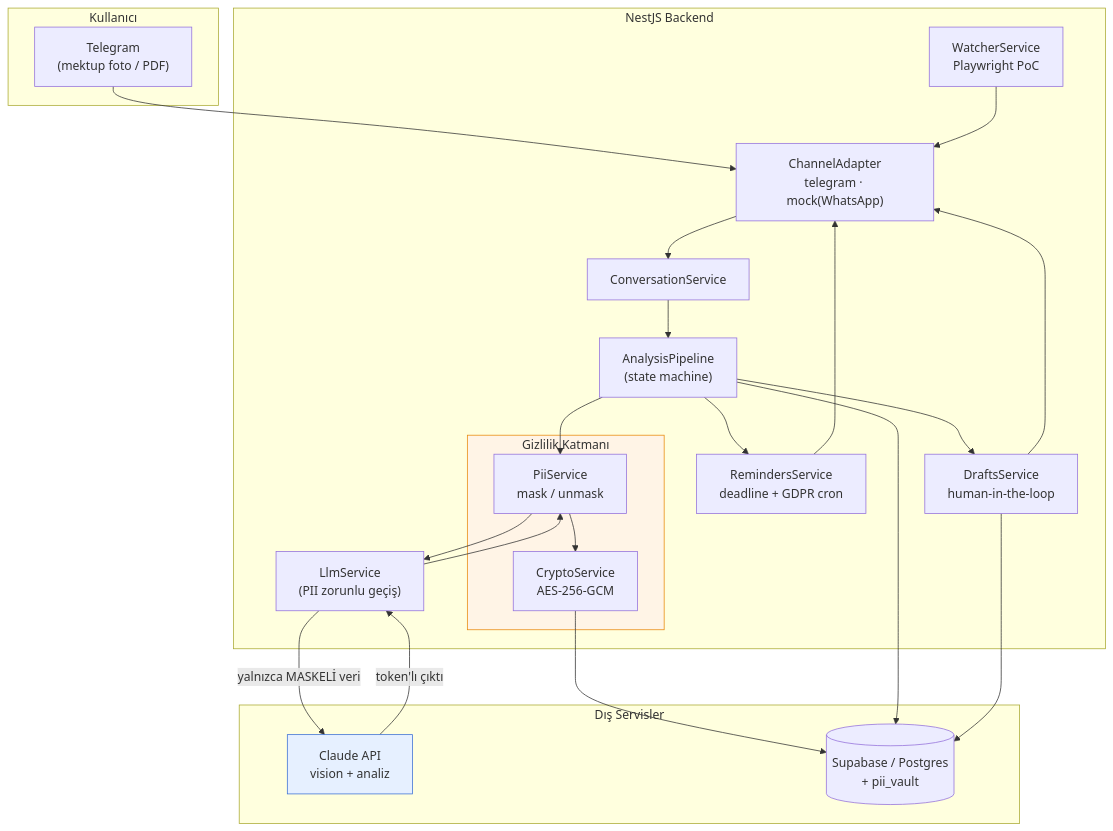
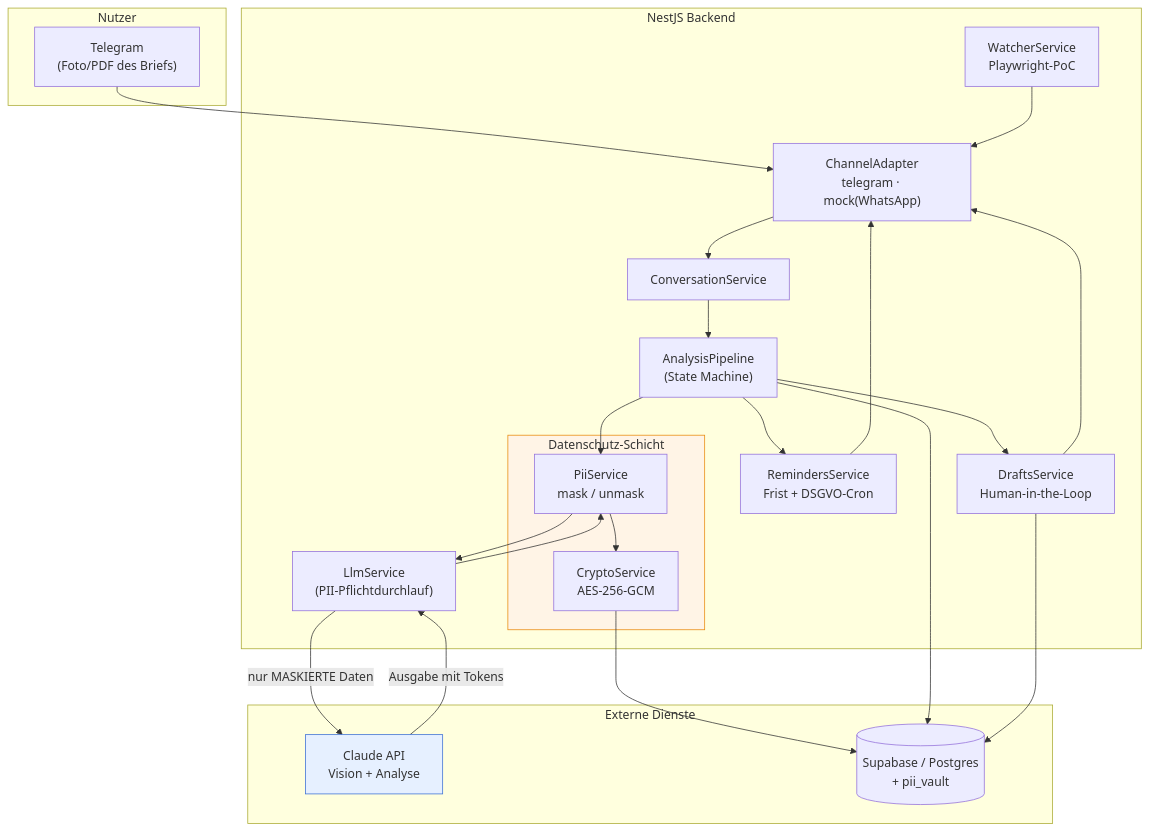
One commit to burakerdgn1/B-Ko changed the third of 3 diagrams in README.md. Above: the diagram before and after it, drawn with Mermaid. The commit also changed other lines of this file and 2 other files, not shown here.

````diff
--- a/README.md
+++ b/README.md
@@ -199,43 +176,43 @@
 ```mermaid
 graph TB
-    subgraph user["Kullanıcı"]
-        TG["Telegram<br/>(mektup foto / PDF)"]
+    subgraph user["Nutzer"]
+        TG["Telegram<br/>(Foto/PDF des Briefs)"]
     end
 
     subgraph backend["NestJS Backend"]
         CH["ChannelAdapter<br/>telegram · mock(WhatsApp)"]
         DOC["ConversationService"]
-        PIPE["AnalysisPipeline<br/>(state machine)"]
-        DRAFT["DraftsService<br/>human-in-the-loop"]
-        REM["RemindersService<br/>deadline + GDPR cron"]
-        WATCH["WatcherService<br/>Playwright PoC"]
+        PIPE["AnalysisPipeline<br/>(State Machine)"]
+        DRAFT["DraftsService<br/>Human-in-the-Loop"]
+        REM["RemindersService<br/>Frist + DSGVO-Cron"]
+        WATCH["WatcherService<br/>Playwright-PoC"]
 
-        subgraph guard["Gizlilik Katmanı"]
+        subgraph guard["Datenschutz-Schicht"]
             PII["PiiService<br/>mask / unmask"]
             CRYPTO["CryptoService<br/>AES-256-GCM"]
         end
 
-        LLM["LlmService<br/>(PII zorunlu geçiş)"]
+        LLM["LlmService<br/>(PII-Pflichtdurchlauf)"]
     end
 
-    subgraph ext["Dış Servisler"]
-        CLAUDE["Claude API<br/>vision + analiz"]
+    subgraph ext["Externe Dienste"]
+        CLAUDE["Claude API<br/>Vision + Analyse"]
         DB[("Supabase / Postgres<br/>+ pii_vault")]
     end
 
     TG --> CH --> DOC --> PIPE
     PIPE --> PII
     PII --> LLM
-    LLM -->|"yalnızca MASKELİ veri"| CLAUDE
-    CLAUDE -->|"token'lı çıktı"| LLM
+    LLM -->|"nur MASKIERTE Daten"| CLAUDE
+    CLAUDE -->|"Ausgabe mit Tokens"| LLM
     LLM --> PII
     PIPE --> DRAFT --> CH
     PIPE --> REM --> CH
     WATCH --> CH
     PII --> CRYPTO --> DB
     PIPE --> DB
     DRAFT --> DB
 
     style guard fill:#fff4e6,stroke:#e8890c
     style CLAUDE fill:#e6f0ff,stroke:#3b6fd4
 ```
````
